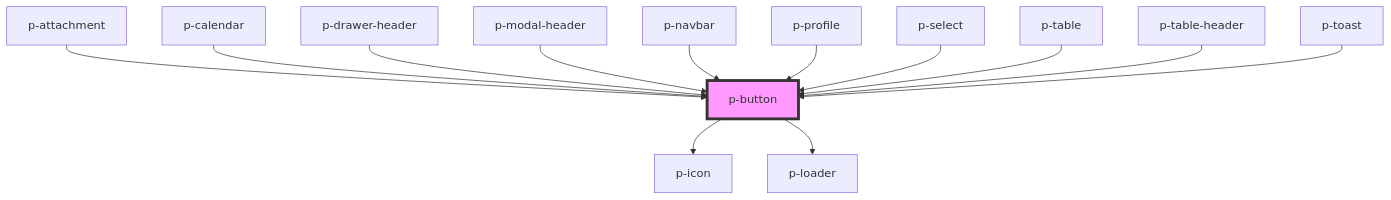
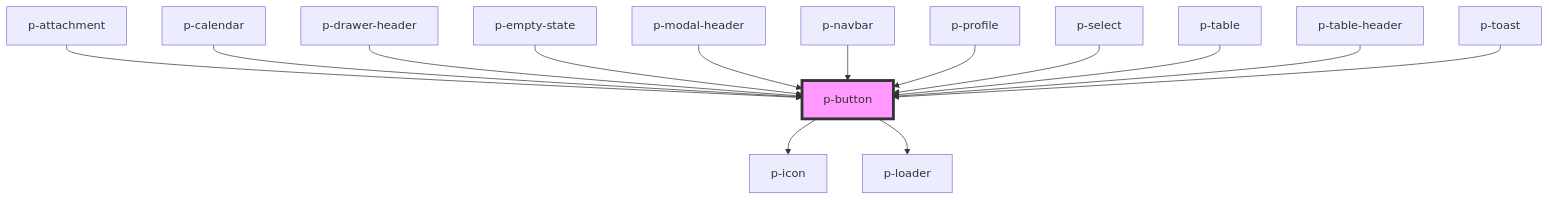
The diagram in packages/core/src/components/molecules/button/readme.md (Employes/Paperless), drawn with Mermaid before and after one commit. The commit also changed other lines of this file and 2 other files, not shown here.

Commit message:
refactor(molecules/button): Export button variant

````diff
--- a/packages/core/src/components/molecules/button/readme.md
+++ b/packages/core/src/components/molecules/button/readme.md
@@ -63,16 +64,17 @@
 ```mermaid
 graph TD;
   p-button --> p-icon
   p-button --> p-loader
   p-attachment --> p-button
   p-calendar --> p-button
   p-drawer-header --> p-button
+  p-empty-state --> p-button
   p-modal-header --> p-button
   p-navbar --> p-button
   p-profile --> p-button
   p-select --> p-button
   p-table --> p-button
   p-table-header --> p-button
   p-toast --> p-button
   style p-button fill:#f9f,stroke:#333,stroke-width:4px
 ```
````
